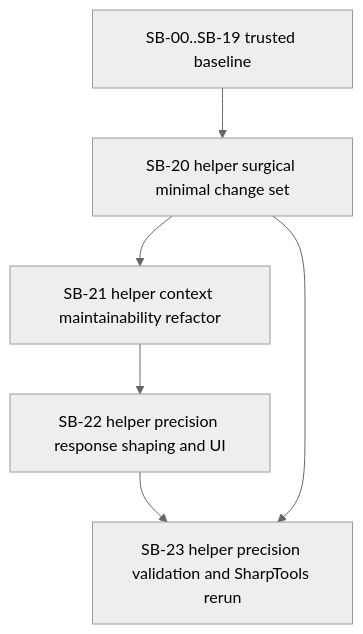
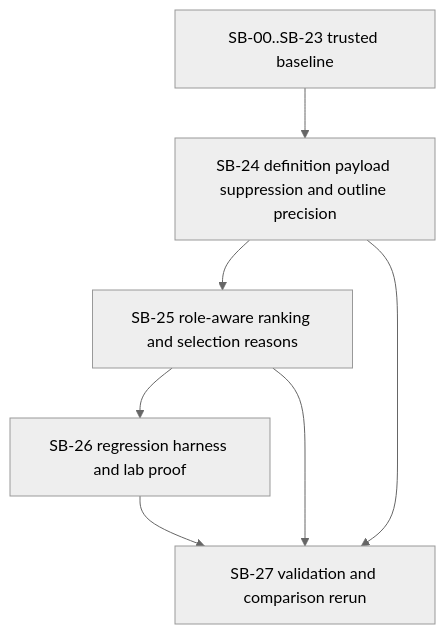
One commit to fyziktom/CanDoItAll.CodeAnalysis changed the diagram in CanDoItAll.CodeAnalsis.ExecutionBundle/plan/01-phase-plan.md. Above: the diagram before and after it, drawn with Mermaid (neutral theme). The commit also changed other lines of this file and 67 other files, not shown here.

````diff
--- a/CanDoItAll.CodeAnalsis.ExecutionBundle/plan/01-phase-plan.md
+++ b/CanDoItAll.CodeAnalsis.ExecutionBundle/plan/01-phase-plan.md
@@ -16,8 +16,9 @@
 ```mermaid
 flowchart TD
-    SB00[SB-00..SB-19 trusted baseline] --> SB20[SB-20 helper surgical minimal change set]
-    SB20 --> SB21[SB-21 helper context maintainability refactor]
-    SB21 --> SB22[SB-22 helper precision response shaping and UI]
-    SB22 --> SB23[SB-23 helper precision validation and SharpTools rerun]
-    SB20 --> SB23
+    SB00[SB-00..SB-23 trusted baseline] --> SB24[SB-24 definition payload suppression and outline precision]
+    SB24 --> SB25[SB-25 role-aware ranking and selection reasons]
+    SB25 --> SB26[SB-26 regression harness and lab proof]
+    SB26 --> SB27[SB-27 validation and comparison rerun]
+    SB24 --> SB27
+    SB25 --> SB27
 ```
````
